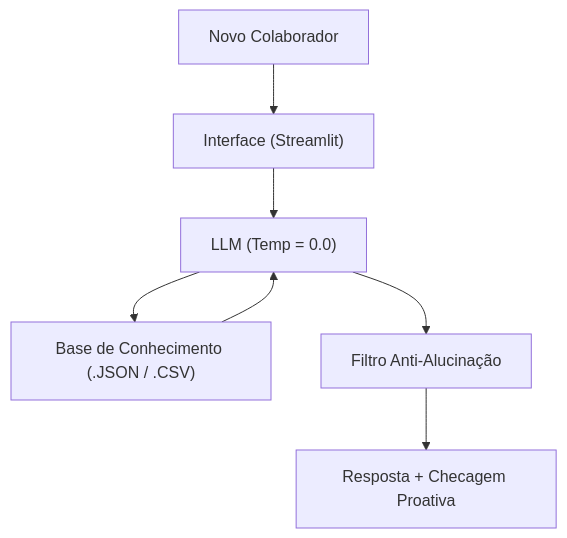
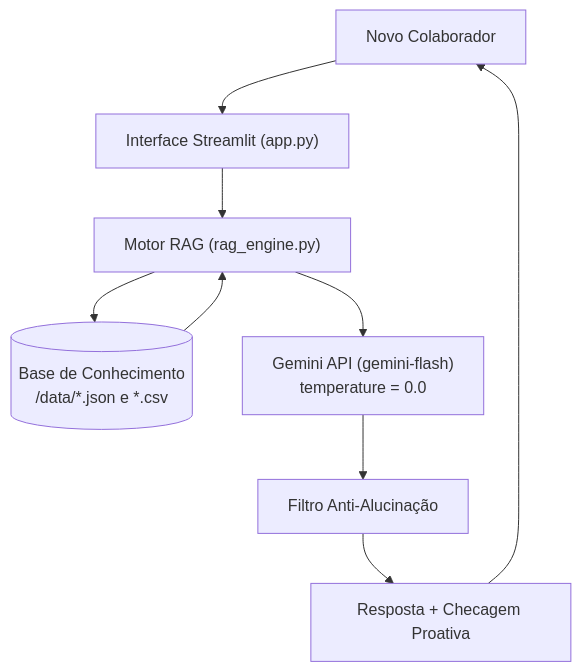
One commit to eng-alexandrefranca/dio-lab-bia-do-futuro changed the diagram in README.md. Above: the diagram before and after it, drawn with Mermaid. The commit also changed other lines of this file and 7 other files, not shown here.

````diff
--- a/README.md
+++ b/README.md
@@ -24,10 +37,12 @@
 ```mermaid
 flowchart TD
-    A[Novo Colaborador] --> B["Interface (Streamlit)"]
-    B --> C["LLM (Temp = 0.0)"]
-    C --> D["Base de Conhecimento (.JSON / .CSV)"]
+    A[Novo Colaborador] --> B["Interface Streamlit (app.py)"]
+    B --> C["Motor RAG (rag_engine.py)"]
+    C --> D[("Base de Conhecimento\n/data/*.json e *.csv")]
     D --> C
-    C --> E["Filtro Anti-Alucinação"]
-    E --> F["Resposta + Checagem Proativa"]
+    C --> E["Gemini API (gemini-flash)\ntemperature = 0.0"]
+    E --> F["Filtro Anti-Alucinação"]
+    F --> G["Resposta + Checagem Proativa"]
+    G --> A
 
 ```
````
